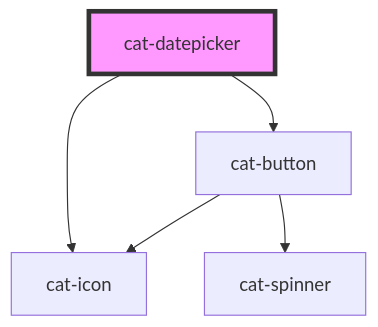
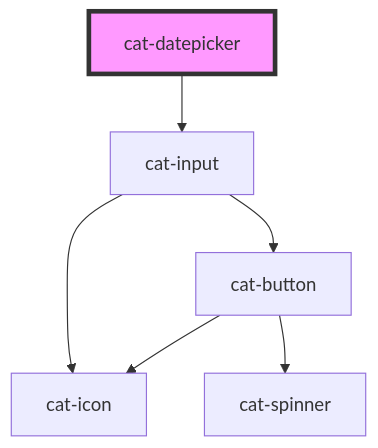
The diagram in core/src/components/cat-datepicker/readme.md (haiilo/catalyst), drawn with Mermaid before and after one commit. The commit also changed other lines of this file and 12 other files, not shown here.

Commit message:
feat(core): cat-datepicker v2

````diff
--- a/core/src/components/cat-datepicker/readme.md
+++ b/core/src/components/cat-datepicker/readme.md
@@ -119,8 +119,9 @@
 ```mermaid
 graph TD;
-  cat-datepicker --> cat-button
-  cat-datepicker --> cat-icon
+  cat-datepicker --> cat-input
+  cat-input --> cat-icon
+  cat-input --> cat-button
   cat-button --> cat-icon
   cat-button --> cat-spinner
   style cat-datepicker fill:#f9f,stroke:#333,stroke-width:4px
 ```
````
